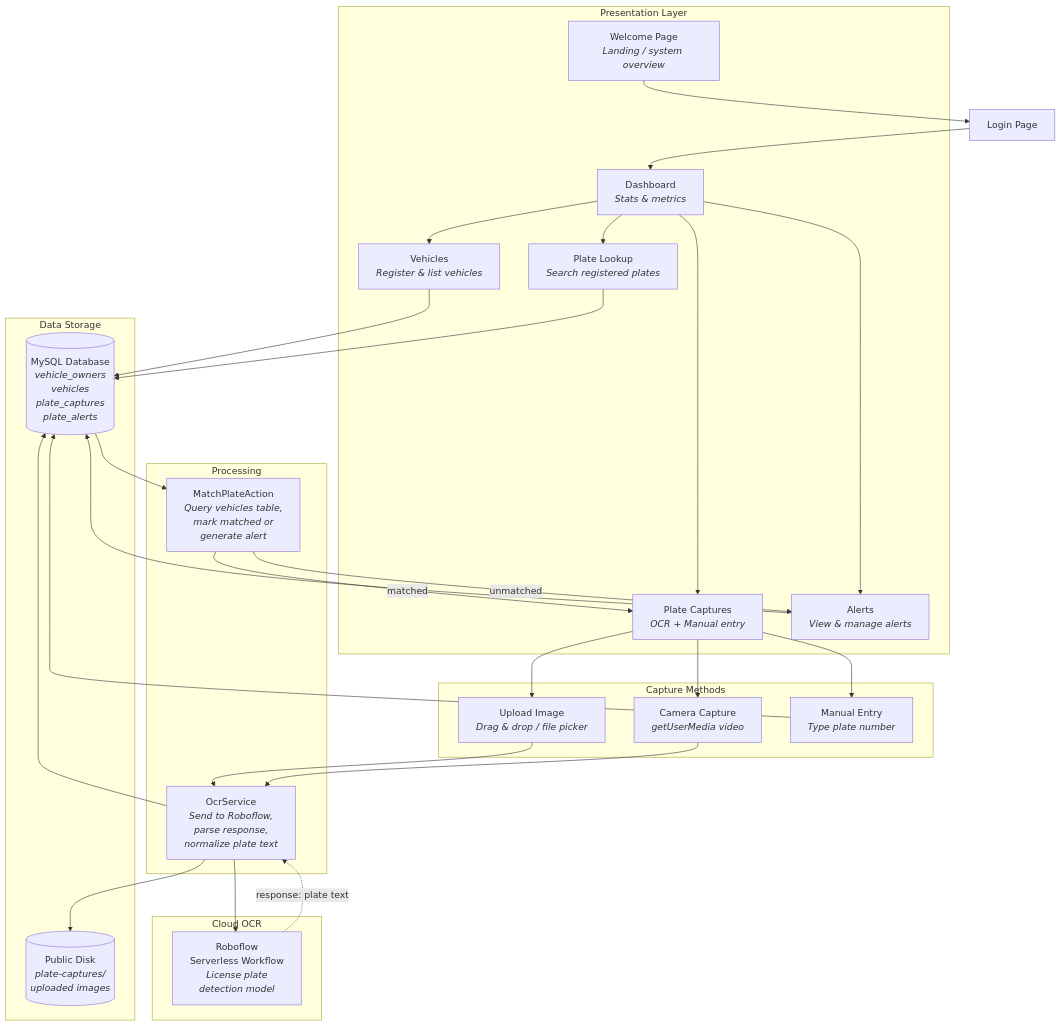
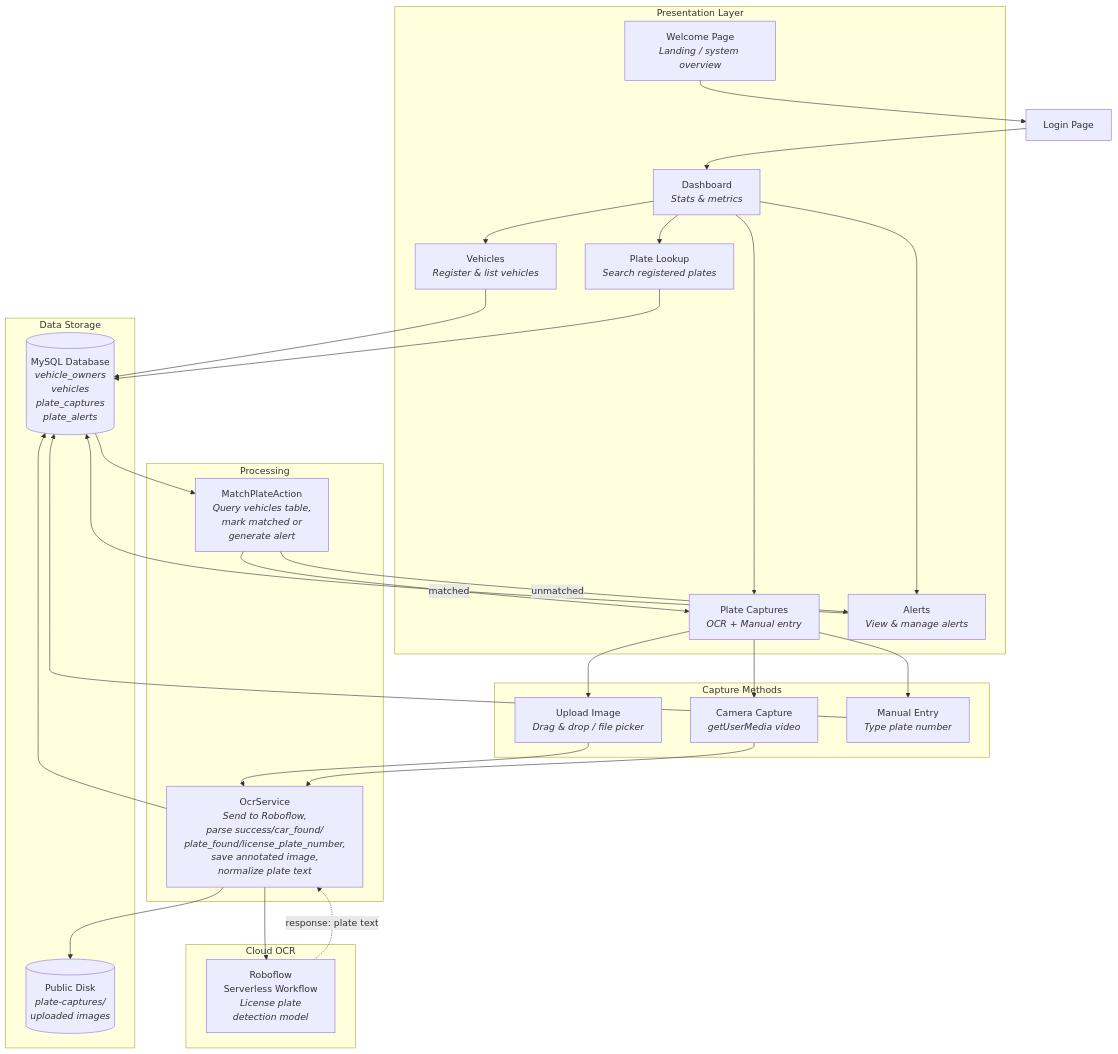
Before and after one commit to hyconcodes/taxify: the first of 3 diagrams in README.md, drawn with Mermaid. The commit also changed other lines of this file and 14 other files, not shown here.

````diff
--- a/README.md
+++ b/README.md
@@ -7,59 +7,59 @@
 ```mermaid
 flowchart TB
     subgraph Presentation["Presentation Layer"]
         W["Welcome Page<br/><i>Landing / system overview</i>"]
         D["Dashboard<br/><i>Stats & metrics</i>"]
         V["Vehicles<br/><i>Register & list vehicles</i>"]
         C["Plate Captures<br/><i>OCR + Manual entry</i>"]
         A["Alerts<br/><i>View & manage alerts</i>"]
         PL["Plate Lookup<br/><i>Search registered plates</i>"]
     end
 
     subgraph Capture["Capture Methods"]
         UP["Upload Image<br/><i>Drag & drop / file picker</i>"]
         CM["Camera Capture<br/><i>getUserMedia video</i>"]
         ME["Manual Entry<br/><i>Type plate number</i>"]
     end
 
     subgraph Processing["Processing"]
-        OS["OcrService<br/><i>Send to Roboflow,<br/>parse response,<br/>normalize plate text</i>"]
+        OS["OcrService<br/><i>Send to Roboflow,<br/>parse success/car_found/<br/>plate_found/license_plate_number,<br/>save annotated image,<br/>normalize plate text</i>"]
         MP["MatchPlateAction<br/><i>Query vehicles table,<br/>mark matched or<br/>generate alert</i>"]
     end
 
     subgraph Roboflow["Cloud OCR"]
         RF["Roboflow<br/>Serverless Workflow<br/><i>License plate<br/>detection model</i>"]
     end
 
     subgraph Storage["Data Storage"]
         DB[("MySQL Database<br/><i>vehicle_owners<br/>vehicles<br/>plate_captures<br/>plate_alerts</i>")]
         FS[("Public Disk<br/><i>plate-captures/<br/>uploaded images</i>")]
     end
 
     W --> L[Login Page]
     L --> D
     D --> V
     D --> C
     D --> A
     D --> PL
 
     C --> UP
     C --> CM
     C --> ME
 
     UP --> OS
     CM --> OS
     OS --> RF
     RF -.->|response: plate text| OS
     OS --> DB
     OS --> FS
 
     ME --> DB
 
     DB --> MP
     MP -->|matched| C
     MP -->|unmatched| A
 
     V --> DB
     PL --> DB
     A --> DB
 ```
````
